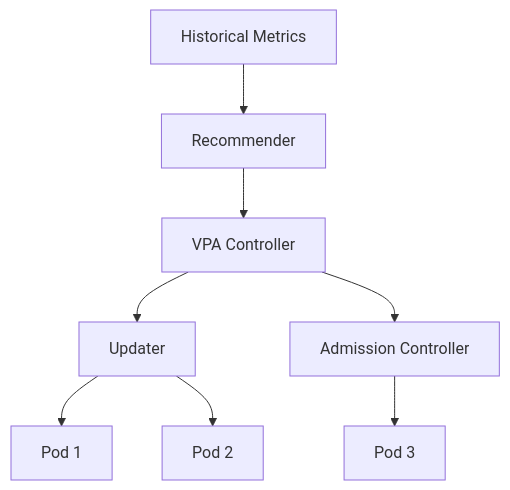
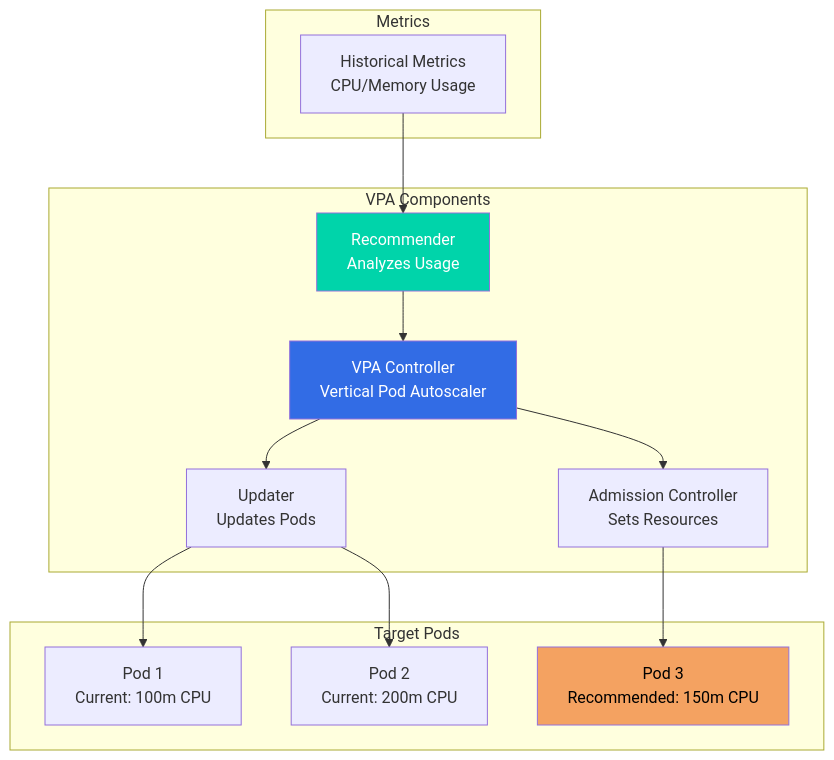
Diagram 29 of 33 in README.md (jayeshjd555/Kubernetes), drawn with Mermaid before and after one commit. The commit also changed other lines of this file, not shown here.

````diff
--- a/README.md
+++ b/README.md
@@ -11025,10 +11046,31 @@
 ```mermaid
 graph TB
-    HIST[Historical Metrics] --> REC[Recommender]
-    REC --> VPA[VPA Controller]
-    VPA --> UPD[Updater]
-    VPA --> AC[Admission Controller]
-    UPD --> POD1[Pod 1]
-    UPD --> POD2[Pod 2]
-    AC --> POD3[Pod 3]
+    subgraph "VPA Components"
+        VPACtrl[VPA Controller<br/>Vertical Pod Autoscaler]
+        REC[Recommender<br/>Analyzes Usage]
+        UPD[Updater<br/>Updates Pods]
+        AC[Admission Controller<br/>Sets Resources]
+    end
+    
+    subgraph "Metrics"
+        HIST[Historical Metrics<br/>CPU/Memory Usage]
+    end
+    
+    subgraph "Target Pods"
+        POD1[Pod 1<br/>Current: 100m CPU]
+        POD2[Pod 2<br/>Current: 200m CPU]
+        POD3[Pod 3<br/>Recommended: 150m CPU]
+    end
+    
+    HIST --> REC
+    REC --> VPACtrl
+    VPACtrl --> UPD
+    VPACtrl --> AC
+    UPD --> POD1
+    UPD --> POD2
+    AC --> POD3
+    
+    style VPACtrl fill:#326ce5,color:#fff
+    style REC fill:#00d4aa,color:#fff
+    style POD3 fill:#f4a261,color:#000
 ```
````
